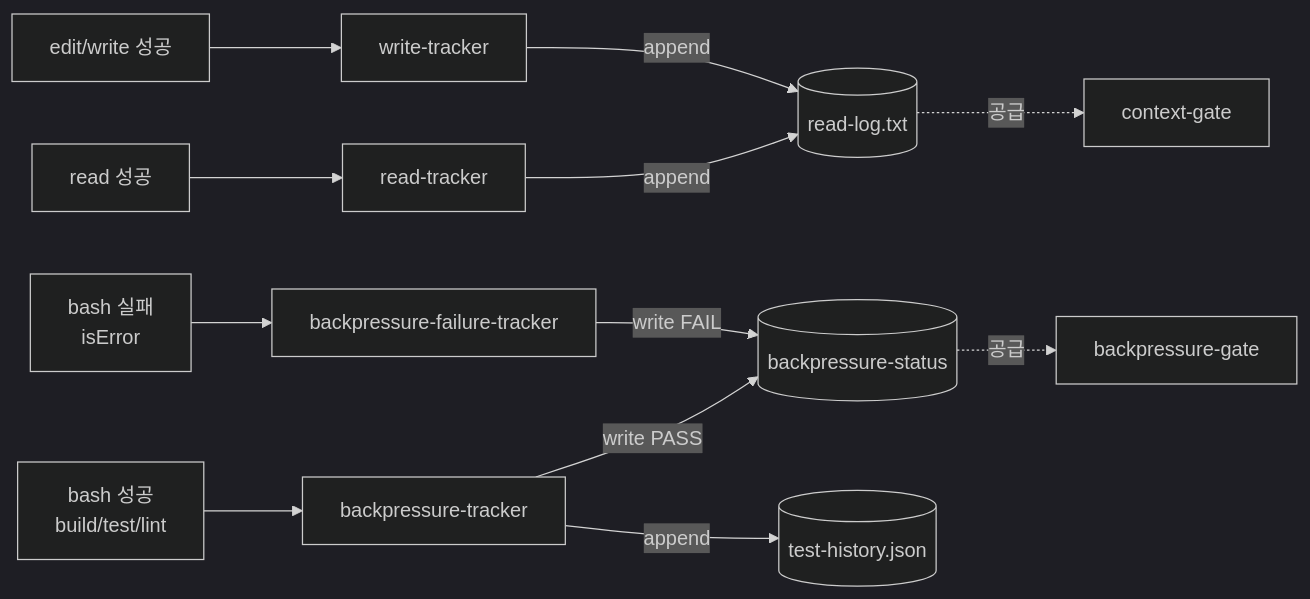
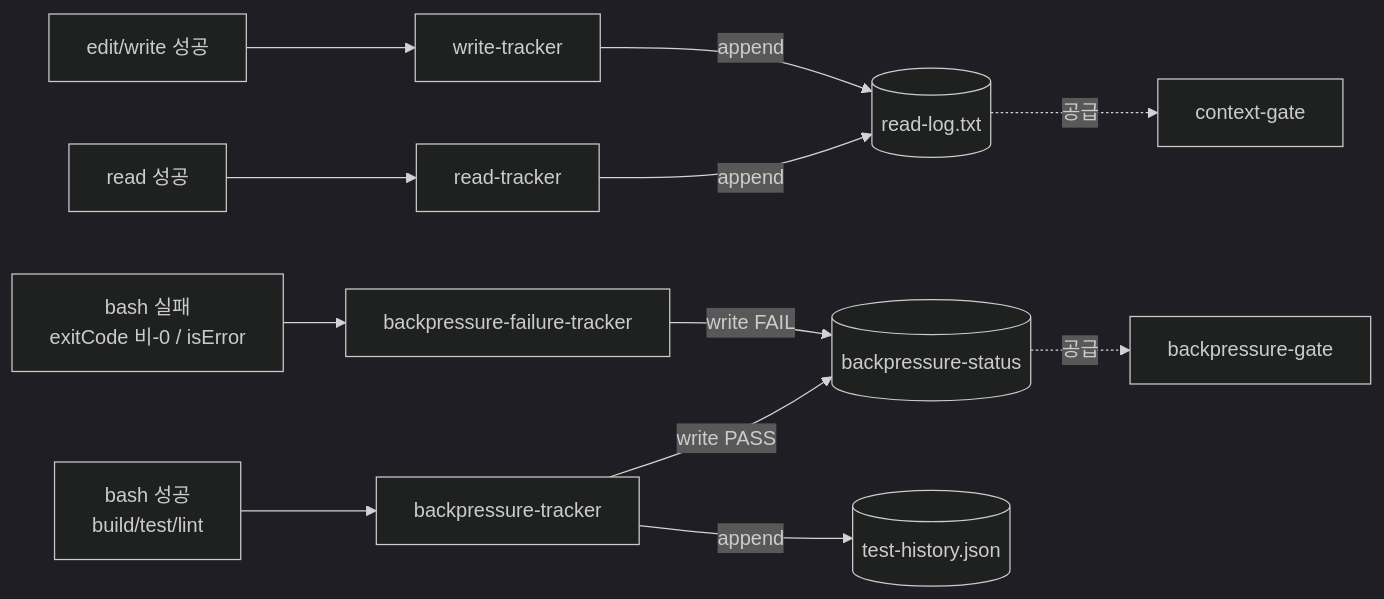
One commit to rae-hugo-kim/omp changed the third of 7 diagrams in docs/architecture/harness-architecture.md. Above: the diagram before and after it, drawn with Mermaid (dark theme). The commit also changed other lines of this file and 7 other files, not shown here.

Commit message:
fix(harness): bash 비-0 exit를 details.exitCode로 판정해 FAIL 라우팅 + edit 입력 양형 지원

````diff
--- a/docs/architecture/harness-architecture.md
+++ b/docs/architecture/harness-architecture.md
@@ -112,17 +112,17 @@
 ```mermaid
 flowchart LR
     R[read 성공] --> RT[read-tracker]
     RT -->|append| RL[(read-log.txt)]
     RL -.->|공급| CG[context-gate]
 
     W[edit/write 성공] --> WT[write-tracker]
     WT -->|append| RL
 
     B[bash 성공<br/>build/test/lint] --> BT[backpressure-tracker]
     BT -->|write PASS| BS[(backpressure-status)]
     BT -->|append| TH[(test-history.json)]
     BS -.->|공급| BG[backpressure-gate]
 
-    F[bash 실패<br/>isError] --> BFT[backpressure-failure-tracker]
+    F[bash 실패<br/>exitCode 비-0 / isError] --> BFT[backpressure-failure-tracker]
     BFT -->|write FAIL| BS
 ```
````
